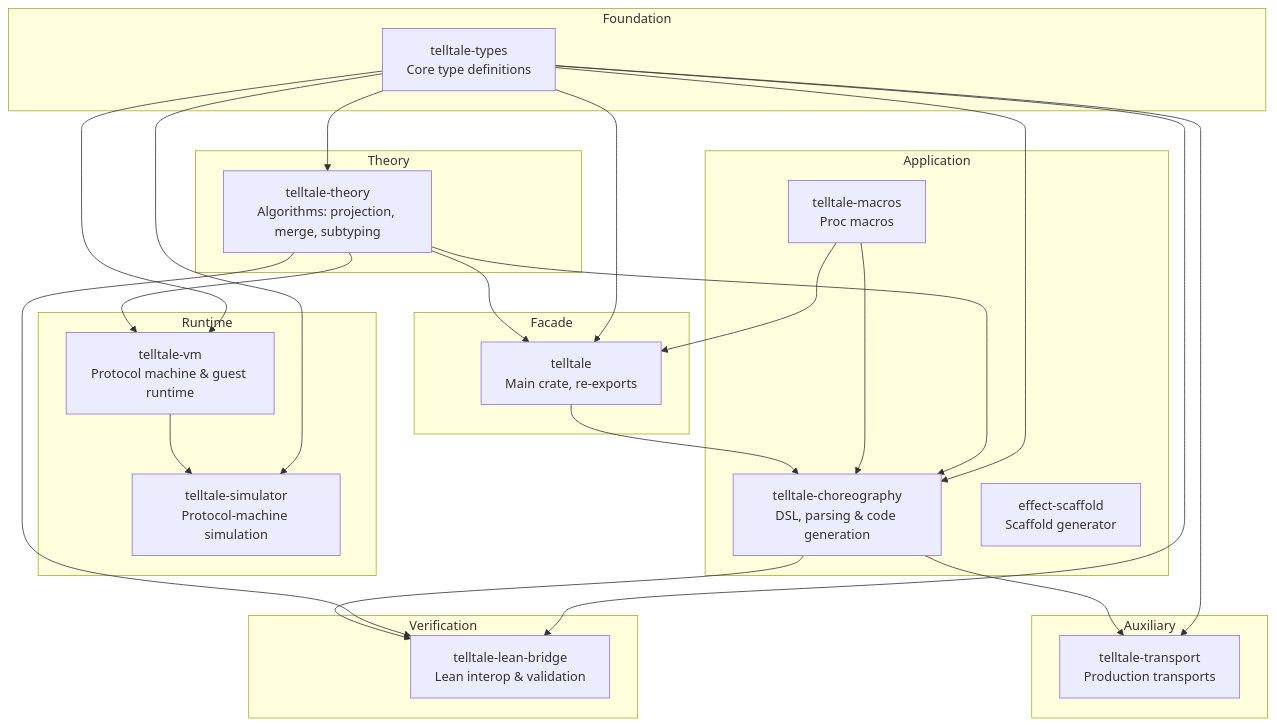
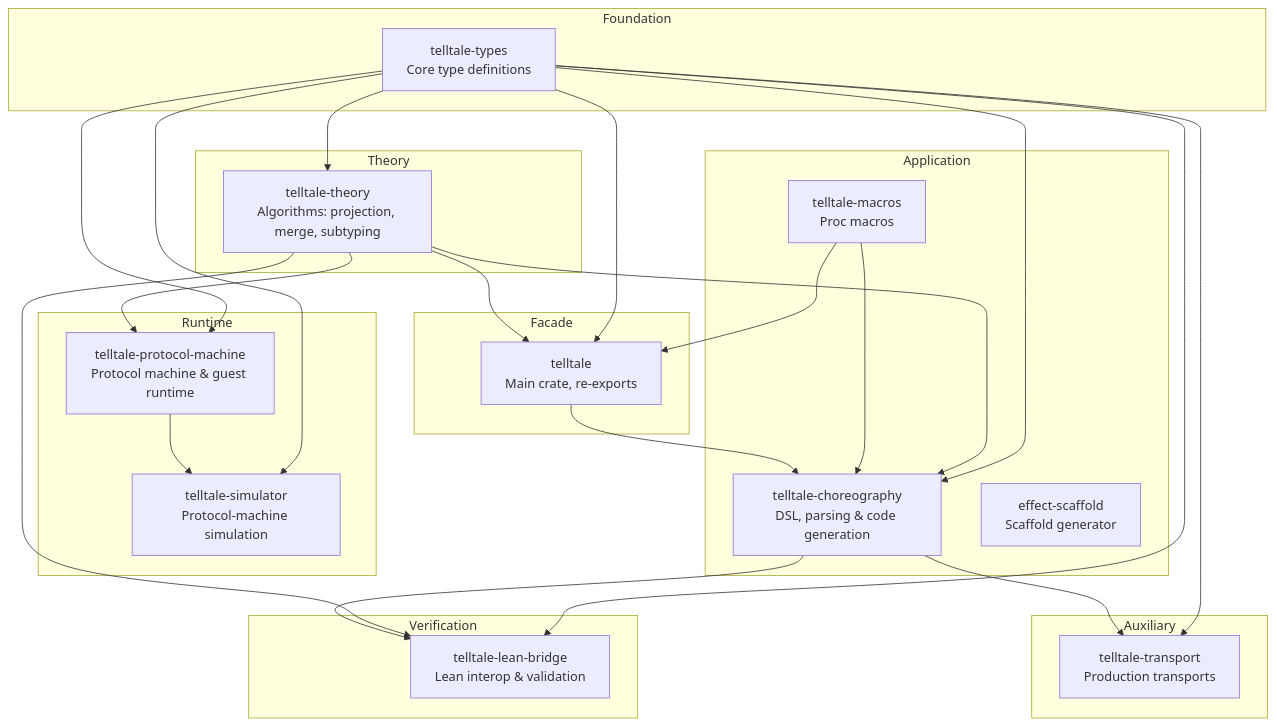
Before and after one commit to hxrts/telltale: the diagram in docs/04_code_organization.md, drawn with Mermaid. The commit also changed other lines of this file and 242 other files, not shown here.

First line of the commit message:
rust: rename telltale-vm crate to telltale-protocol-machine

````diff
--- a/docs/04_code_organization.md
+++ b/docs/04_code_organization.md
@@ -34,56 +34,56 @@
 ```mermaid
 graph TB
     subgraph Foundation
         types["telltale-types<br/>Core type definitions"]
     end
 
     subgraph Theory
         theory["telltale-theory<br/>Algorithms: projection, merge, subtyping"]
     end
 
     subgraph Verification
         lean["telltale-lean-bridge<br/>Lean interop & validation"]
     end
 
     subgraph Runtime
-        vm["telltale-vm<br/>Protocol machine & guest runtime"]
+        vm["telltale-protocol-machine<br/>Protocol machine & guest runtime"]
         simulator["telltale-simulator<br/>Protocol-machine simulation"]
     end
 
     subgraph Application
         choreo["telltale-choreography<br/>DSL, parsing & code generation"]
         macros["telltale-macros<br/>Proc macros"]
         scaffold["effect-scaffold<br/>Scaffold generator"]
     end
 
     subgraph Facade
         main["telltale<br/>Main crate, re-exports"]
     end
 
     subgraph Auxiliary
         transport["telltale-transport<br/>Production transports"]
     end
 
     types --> theory
     types --> main
     types --> choreo
     types --> lean
     types --> vm
     types --> simulator
 
     theory --> main
     theory --> vm
     theory --> choreo
     theory --> lean
 
     vm --> simulator
 
     macros --> main
     macros --> choreo
     main --> choreo
 
     choreo --> lean
 
     types --> transport
     choreo --> transport
 ```
````
